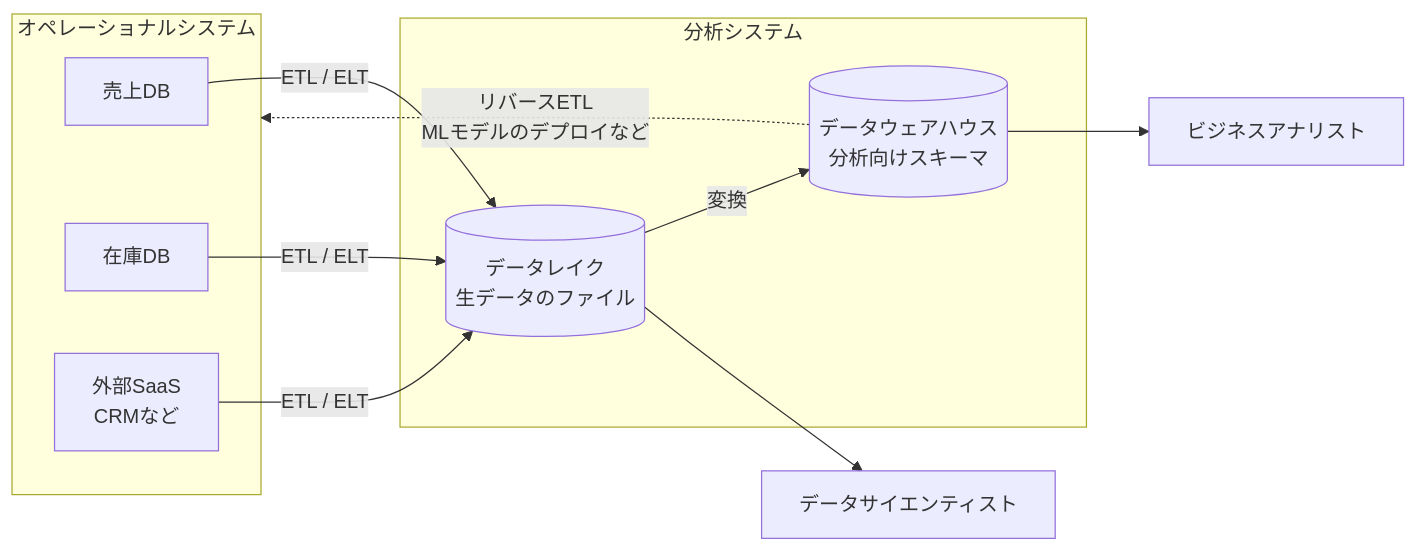
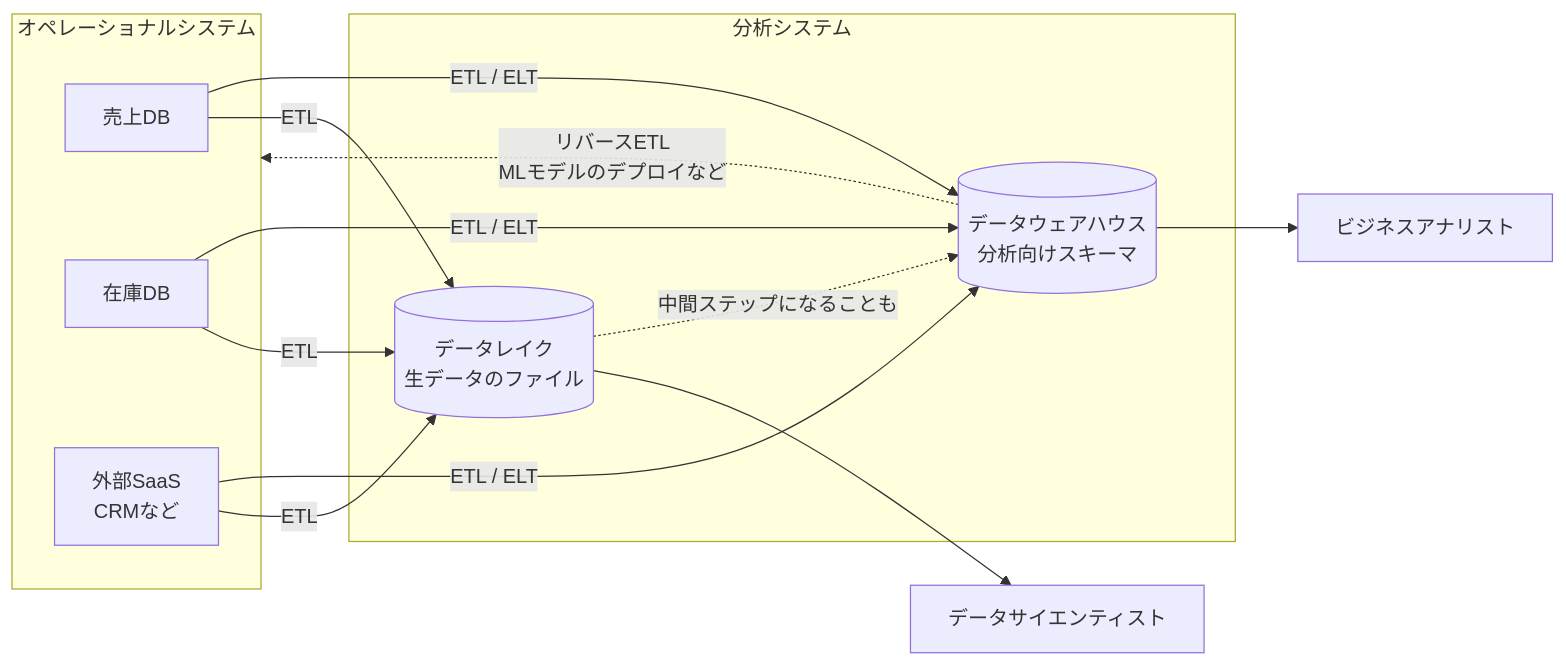
Before and after one commit to nakayoshi-book-club/ddia2: the first of 2 diagrams in summaries/ch01.md, drawn with Mermaid. The commit also changed 3 other files, not shown here.

````diff
--- a/summaries/ch01.md
+++ b/summaries/ch01.md
@@ -65,17 +65,18 @@
 ```mermaid
 flowchart LR
   subgraph OPS["オペレーショナルシステム"]
     A[売上DB]
     B[在庫DB]
     C[外部SaaS<br/>CRMなど]
   end
   subgraph ANA["分析システム"]
     L[(データレイク<br/>生データのファイル)]
     W[(データウェアハウス<br/>分析向けスキーマ)]
   end
-  A & B & C -- ETL / ELT --> L
-  L -- 変換 --> W
+  A & B & C -- ETL / ELT --> W
+  A & B & C -- ETL --> L
+  L -. 中間ステップになることも .-> W
   W --> BA[ビジネスアナリスト]
   L --> DS[データサイエンティスト]
   W -. リバースETL<br/>MLモデルのデプロイなど .-> OPS
 ```
````
